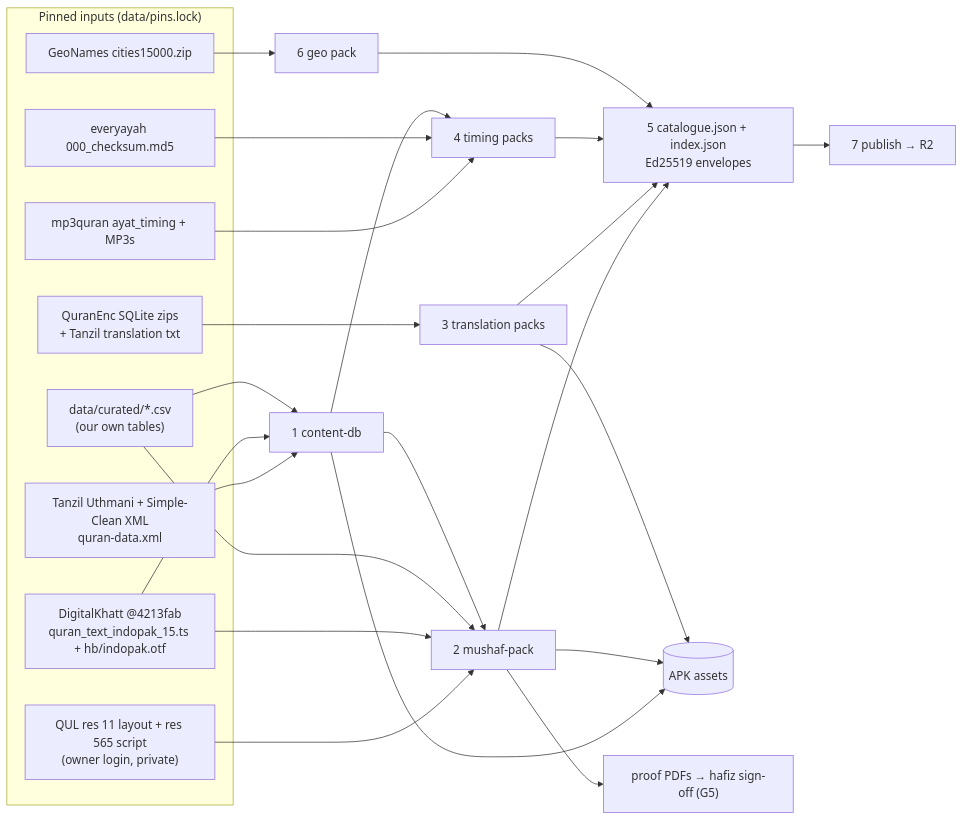
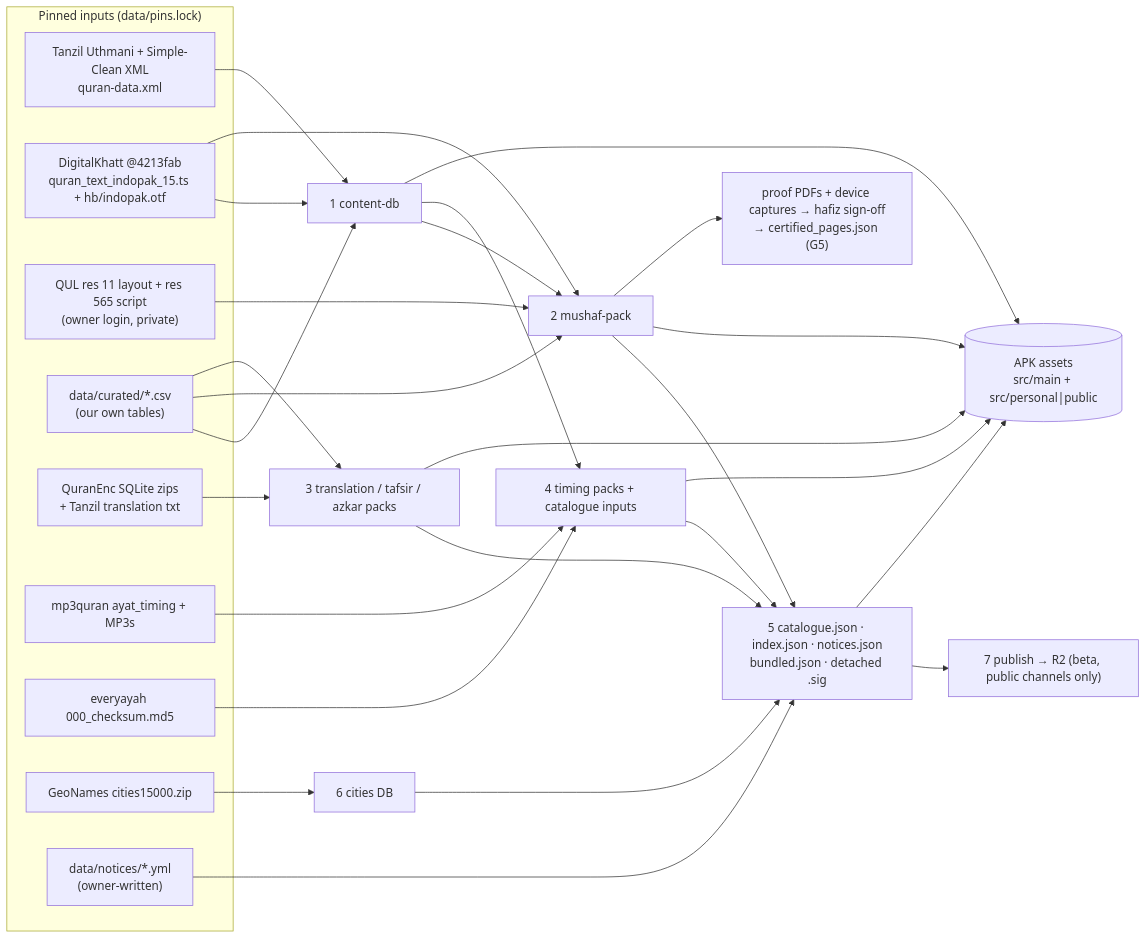
Before and after one commit to Chughtaie/criterion: the first of 2 diagrams in docs/plan/08-data-pipelines.md, drawn with Mermaid. The commit also changed other lines of this file and 12 other files, not shown here.

````diff
--- a/docs/plan/08-data-pipelines.md
+++ b/docs/plan/08-data-pipelines.md
@@ -24,27 +53,32 @@
 ```mermaid
 flowchart LR
   subgraph Inputs["Pinned inputs (data/pins.lock)"]
     TZ["Tanzil Uthmani + Simple-Clean XML<br/>quran-data.xml"]
     DK["DigitalKhatt @4213fab<br/>quran_text_indopak_15.ts + hb/indopak.otf"]
     QUL["QUL res 11 layout + res 565 script<br/>(owner login, private)"]
     CUR["data/curated/*.csv<br/>(our own tables)"]
     QE["QuranEnc SQLite zips<br/>+ Tanzil translation txt"]
     MP3Q["mp3quran ayat_timing + MP3s"]
     EA["everyayah 000_checksum.md5"]
     GN["GeoNames cities15000.zip"]
+    NOT["data/notices/*.yml<br/>(owner-written)"]
   end
   TZ & DK & CUR --> S1["1 content-db"]
   QUL & DK & CUR --> S2["2 mushaf-pack"]
   S1 --> S2
-  QE --> S3["3 translation packs"]
-  MP3Q & EA --> S4["4 timing packs"]
+  QE --> S3["3 translation / tafsir / azkar packs"]
+  CUR --> S3
+  MP3Q & EA --> S4["4 timing packs + catalogue inputs"]
   S1 --> S4
-  S2 & S3 & S4 --> S5["5 catalogue.json + index.json<br/>Ed25519 envelopes"]
-  GN --> S6["6 geo pack"]
+  S2 & S3 & S4 --> S5["5 catalogue.json · index.json · notices.json<br/>bundled.json · detached .sig"]
+  NOT --> S5
+  GN --> S6["6 cities DB"]
   S6 --> S5
-  S5 --> S7["7 publish → R2"]
-  S1 --> APK[("APK assets")]
+  S5 --> S7["7 publish → R2 (beta, public channels only)"]
+  S1 --> APK[("APK assets<br/>src/main + src/personal|public")]
   S2 --> APK
   S3 --> APK
-  S2 --> PROOF["proof PDFs → hafiz sign-off (G5)"]
+  S4 --> APK
+  S5 --> APK
+  S2 --> PROOF["proof PDFs + device captures → hafiz sign-off<br/>→ certified_pages.json (G5)"]
 ```
````
